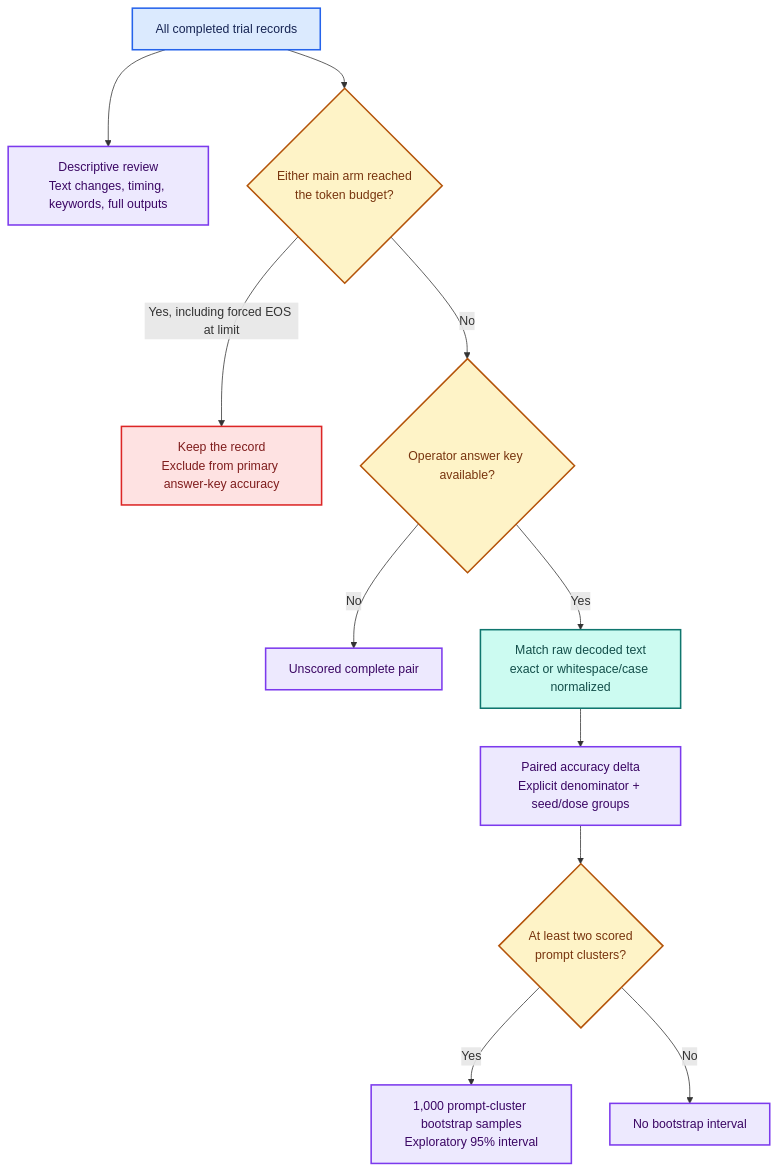
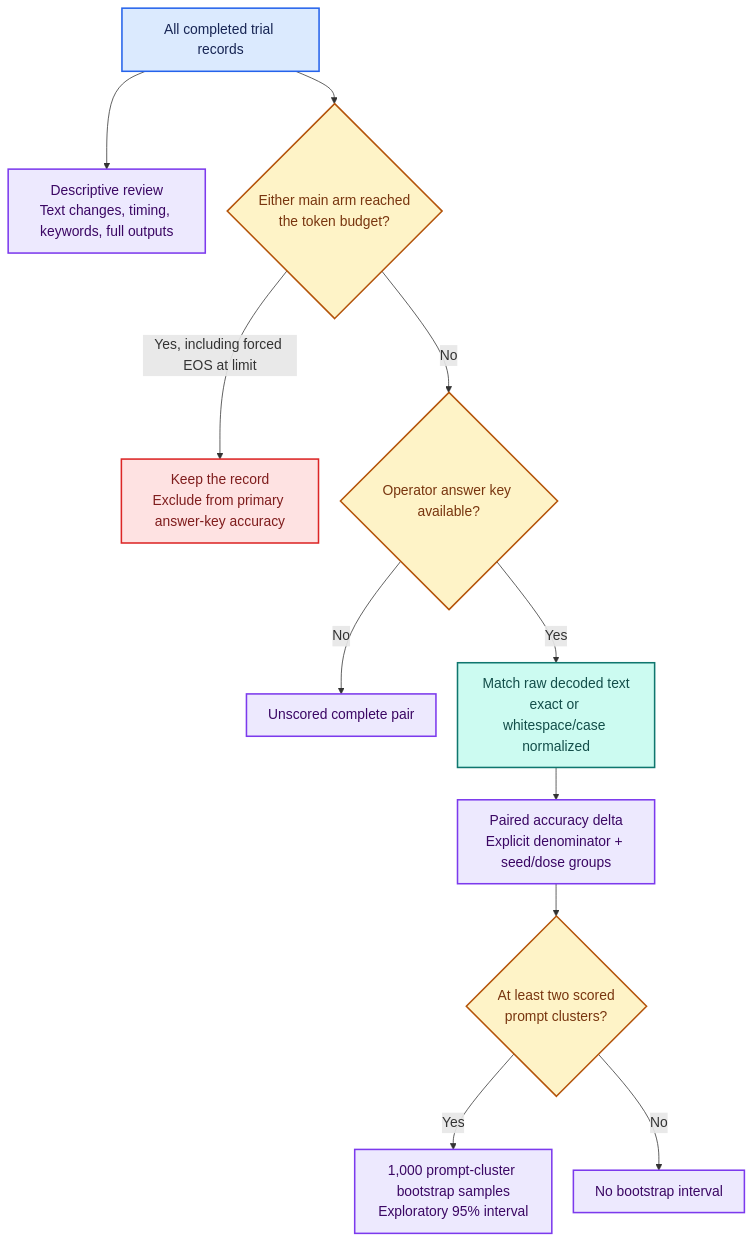
Before and after one commit to djayuffe/neuron-steer: the tenth of 16 diagrams in VISUAL_GUIDE.md, drawn with Mermaid. The commit also changed other lines of this file and 6 other files, not shown here.

Commit message:
Improve reading paths, diagram typography and ELI5 concept explanations

````diff
--- a/VISUAL_GUIDE.md
+++ b/VISUAL_GUIDE.md
@@ -382,21 +600,33 @@
 ```mermaid
+---
+config:
+  fontFamily: Arial, Helvetica, sans-serif
+  fontSize: 18
+  themeVariables:
+    fontFamily: Arial, Helvetica, sans-serif
+    fontSize: 18px
+  flowchart:
+    nodeSpacing: 28
+    rankSpacing: 42
+    padding: 14
+---
 flowchart TB
   accTitle: What answer-key scoring includes and excludes
   accDescr: All records remain available for descriptive review. Primary answer-key accuracy uses labeled pairs where neither main output reached the token budget; uncertainty uses prompt clusters.
-R["All completed trial records"]:::input --> D["Descriptive review<br/>Text changes, timing, keywords, full outputs"]:::evidence
+  R["All completed trial records"]:::input --> D["Descriptive review<br/>Text changes, timing, keywords, full outputs"]:::evidence
   R --> B{"Either main arm reached<br/>the token budget?"}:::choice
   B -- "Yes, including forced EOS at limit" --> X["Keep the record<br/>Exclude from primary answer-key accuracy"]:::limit
   B -- "No" --> K{"Operator answer key available?"}:::choice
   K -- "No" --> U["Unscored complete pair"]:::evidence
   K -- "Yes" --> M["Match raw decoded text<br/>exact or whitespace/case normalized"]:::local
   M --> A["Paired accuracy delta<br/>Explicit denominator + seed/dose groups"]:::evidence
   A --> C{"At least two scored<br/>prompt clusters?"}:::choice
   C -- "Yes" --> I["1,000 prompt-cluster bootstrap samples<br/>Exploratory 95% interval"]:::evidence
   C -- "No" --> N["No bootstrap interval"]:::evidence
   classDef input fill:#DBEAFE,stroke:#2563EB,color:#172554,stroke-width:2px;
   classDef local fill:#CCFBF1,stroke:#0F766E,color:#134E4A,stroke-width:2px;
   classDef choice fill:#FEF3C7,stroke:#B45309,color:#78350F,stroke-width:2px;
   classDef evidence fill:#EDE9FE,stroke:#7C3AED,color:#3B0764,stroke-width:2px;
   classDef remote fill:#FCE7F3,stroke:#BE185D,color:#831843,stroke-width:2px;
   classDef limit fill:#FEE2E2,stroke:#DC2626,color:#7F1D1D,stroke-width:2px;
 ```
````
